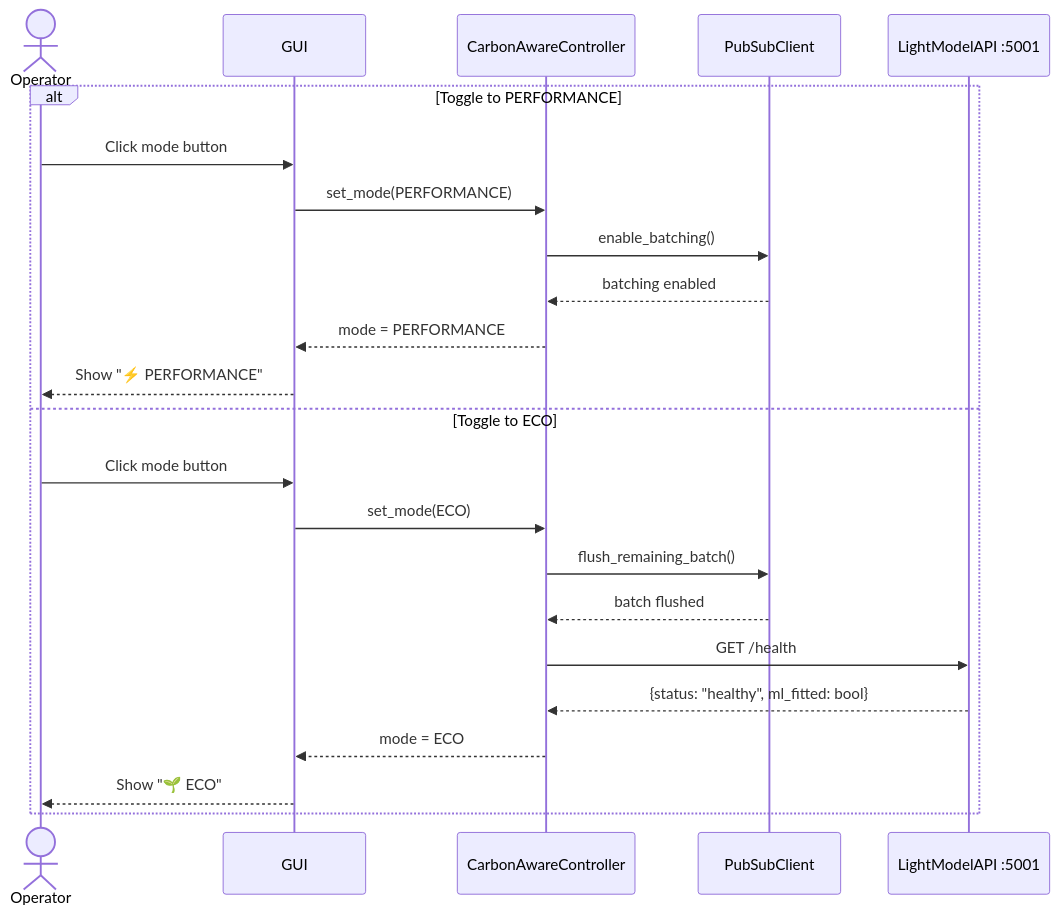
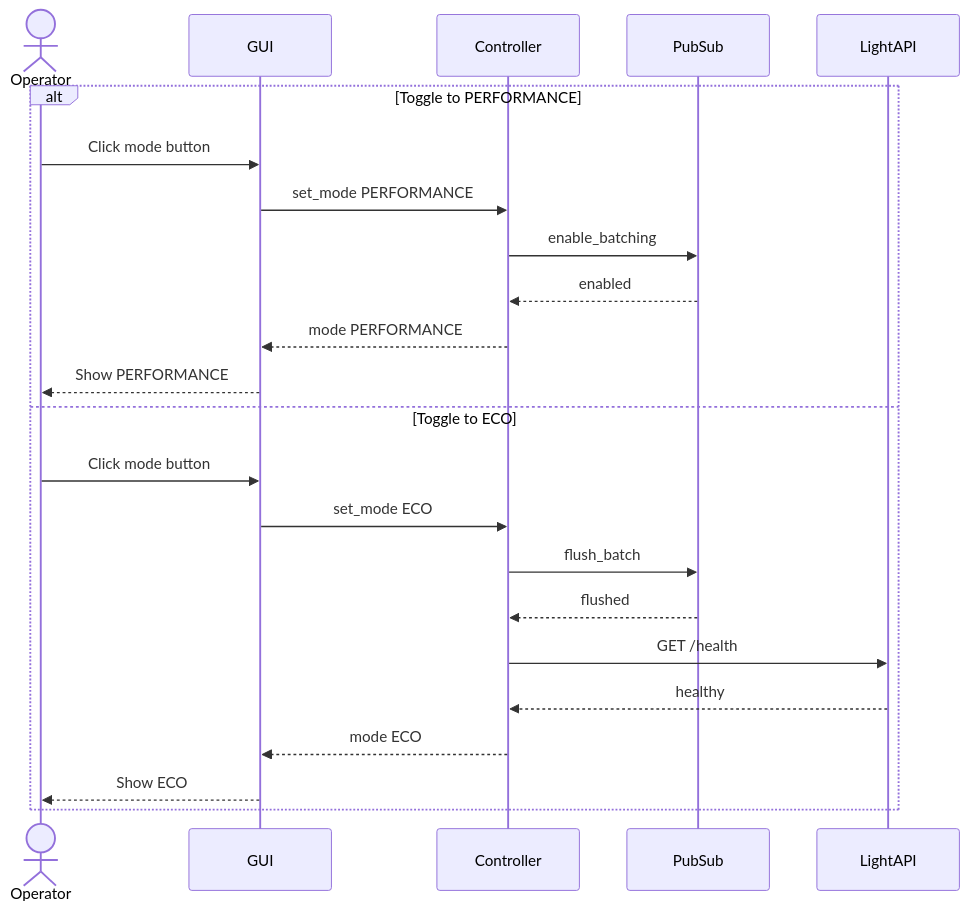
The fourth of 5 diagrams in plans/sequence.md (Taki224/AI-Architecture-and-Cloud-Computing-Final-Project), drawn with Mermaid before and after one commit. The commit also changed other lines of this file and 3 other files, not shown here.

Commit message:
refactor: Update sequence diagrams for clarity and consistency

````diff
--- a/plans/sequence.md
+++ b/plans/sequence.md
@@ -159,26 +126,26 @@
 ```mermaid
 sequenceDiagram
     actor Operator
-    participant GUI as GUI
-    participant Controller as CarbonAwareController
-    participant PubSub as PubSubClient
-    participant LightAPI as LightModelAPI :5001
+    participant GUI
+    participant Controller
+    participant PubSub
+    participant LightAPI
 
     alt Toggle to PERFORMANCE
         Operator->>GUI: Click mode button
-        GUI->>Controller: set_mode(PERFORMANCE)
-        Controller->>PubSub: enable_batching()
-        PubSub-->>Controller: batching enabled
-        Controller-->>GUI: mode = PERFORMANCE
-        GUI-->>Operator: Show "⚡ PERFORMANCE"
+        GUI->>Controller: set_mode PERFORMANCE
+        Controller->>PubSub: enable_batching
+        PubSub-->>Controller: enabled
+        Controller-->>GUI: mode PERFORMANCE
+        GUI-->>Operator: Show PERFORMANCE
     else Toggle to ECO
         Operator->>GUI: Click mode button
-        GUI->>Controller: set_mode(ECO)
-        Controller->>PubSub: flush_remaining_batch()
-        PubSub-->>Controller: batch flushed
+        GUI->>Controller: set_mode ECO
+        Controller->>PubSub: flush_batch
+        PubSub-->>Controller: flushed
         Controller->>LightAPI: GET /health
-        LightAPI-->>Controller: {status: "healthy", ml_fitted: bool}
-        Controller-->>GUI: mode = ECO
-        GUI-->>Operator: Show "🌱 ECO"
+        LightAPI-->>Controller: healthy
+        Controller-->>GUI: mode ECO
+        GUI-->>Operator: Show ECO
     end
 ```
````
